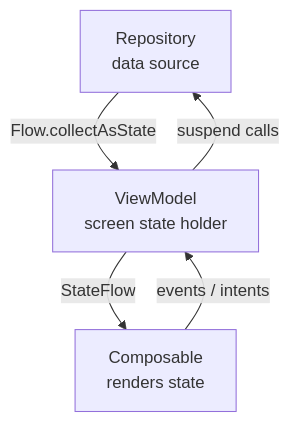
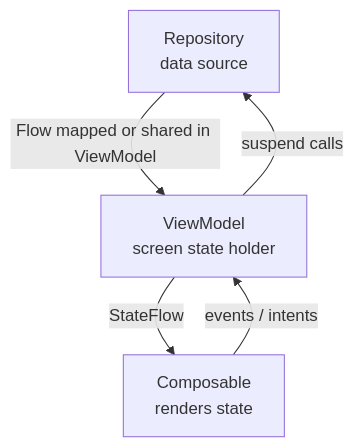
The first of 2 diagrams in android/architecture/state-management.md (swarnsingh/android-staff-engineer-playbook-website), drawn with Mermaid before and after one commit. The commit also changed other lines of this file and 142 other files, not shown here.

````diff
--- a/android/architecture/state-management.md
+++ b/android/architecture/state-management.md
@@ -158,7 +158,7 @@
 ```mermaid
 graph TD
-  Repository["Repository<br/>data source"] -->|Flow.collectAsState| VM["ViewModel<br/>screen state holder"]
+  Repository["Repository<br/>data source"] -->|Flow mapped or shared in ViewModel| VM["ViewModel<br/>screen state holder"]
   VM -->|StateFlow| UI["Composable<br/>renders state"]
   UI -->|events / intents| VM
   VM -->|suspend calls| Repository
 ```
````
